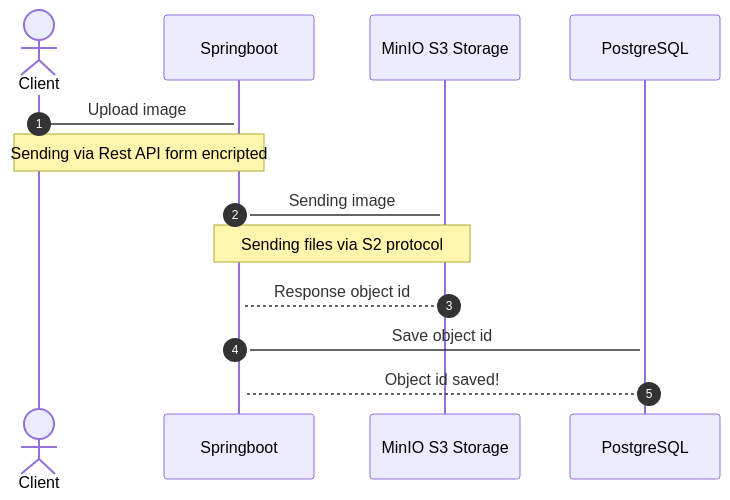
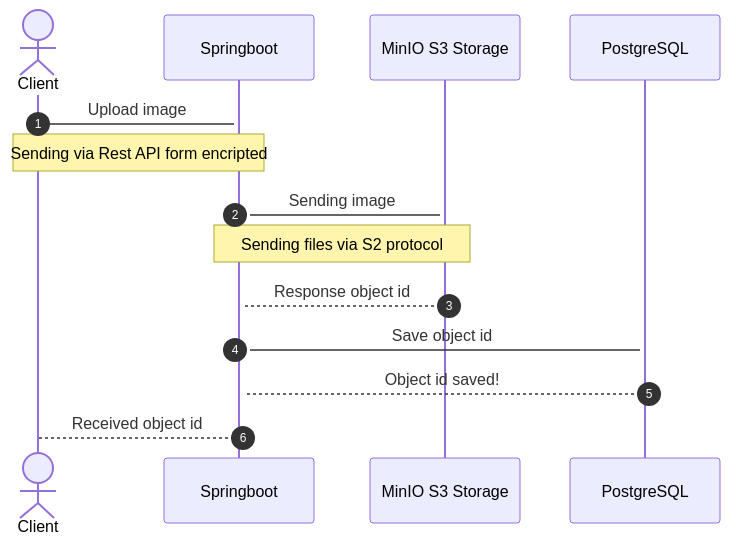
One commit to dimMaryanto93/springboot-angular-aws-s3-minio-example changed the first of 2 diagrams in README.md. Above: the diagram before and after it, drawn with Mermaid.

Commit message:
update documentation upload

````diff
--- a/README.md
+++ b/README.md
@@ -19,21 +19,21 @@
 ```mermaid
 sequenceDiagram
     autonumber
     actor client AS Client
     participant backend AS Springboot
     participant minio AS MinIO S3 Storage
     participant postgres AS PostgreSQL
 
     activate backend
     activate minio
     activate postgres
 
     client->backend: Upload image
     Note over client,backend: Sending via Rest API form encripted
     backend->minio: Sending image
     Note over backend,minio: Sending files via S2 protocol
     minio-->backend: Response object id
     backend->postgres: Save object id
     postgres-->backend: Object id saved!
-
+    backend-->client: Received object id
 ```
````
